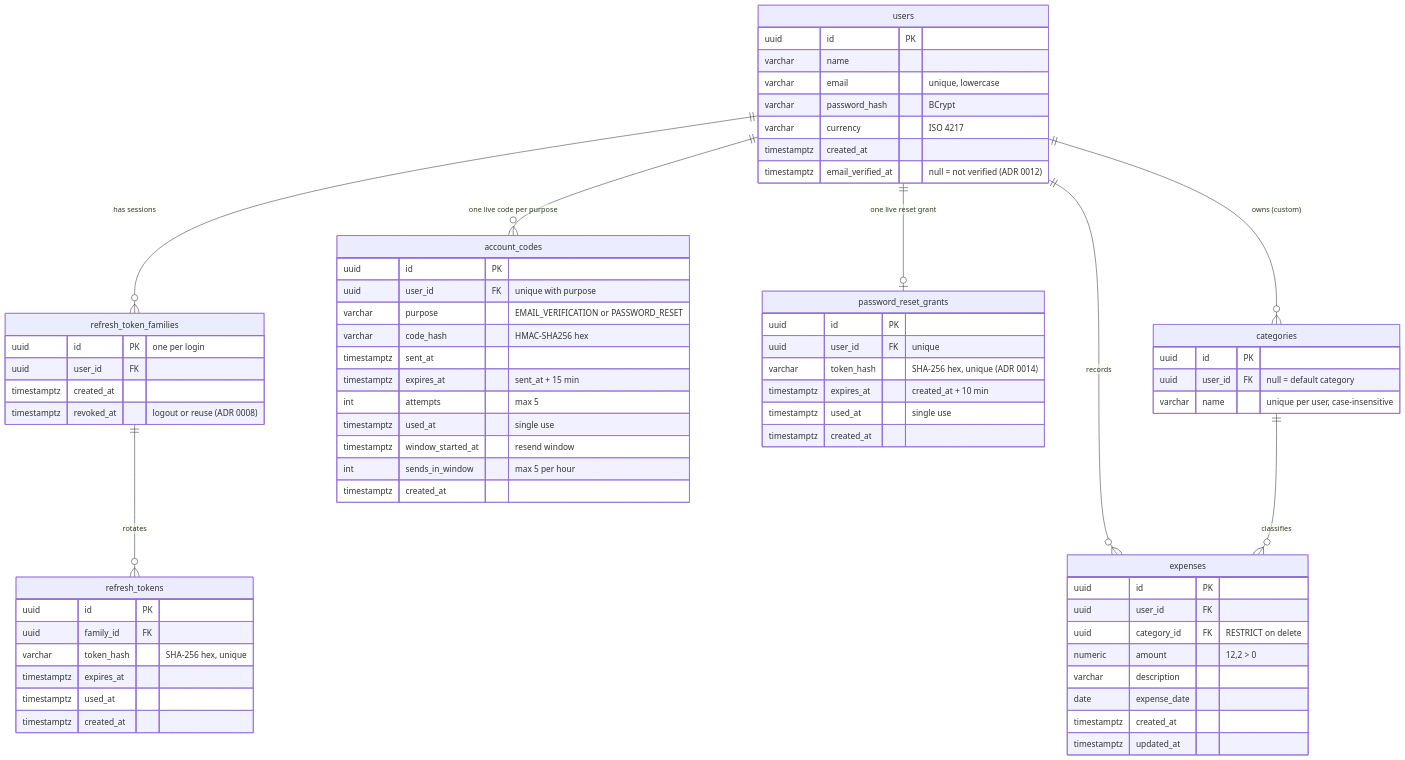
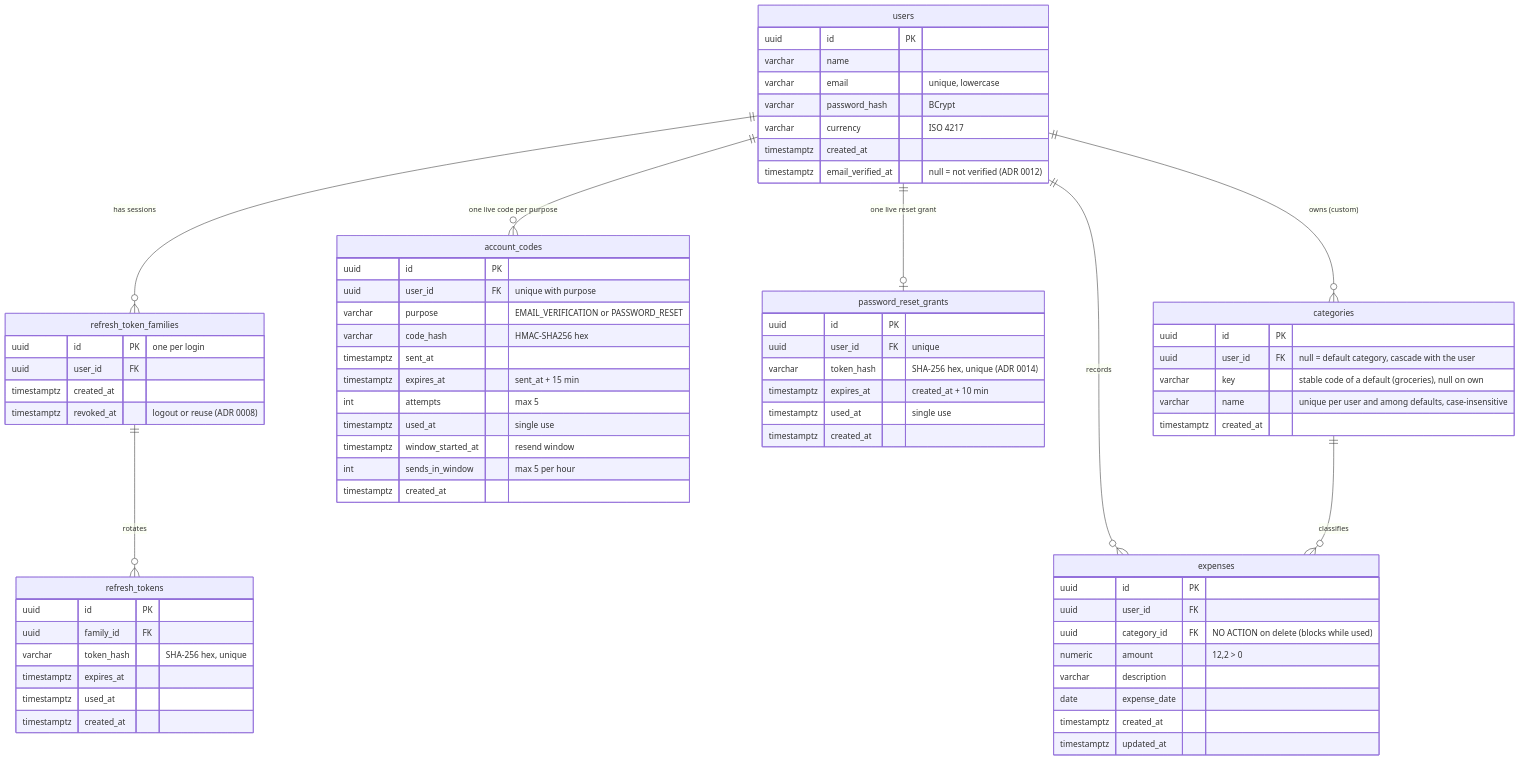
One commit to YuleHohenfeld/snapledger changed the sixth of 6 diagrams in docs/architecture.md. Above: the diagram before and after it, drawn with Mermaid. The commit also changed 6 other files, not shown here.

Commit message:
docs: document categories and expenses in contract, architecture and code notes

````diff
--- a/docs/architecture.md
+++ b/docs/architecture.md
@@ -154,70 +154,72 @@
 ```mermaid
 erDiagram
     users ||--o{ refresh_token_families : "has sessions"
     users ||--o{ account_codes : "one live code per purpose"
     users ||--o| password_reset_grants : "one live reset grant"
     refresh_token_families ||--o{ refresh_tokens : "rotates"
     users ||--o{ categories : "owns (custom)"
     users ||--o{ expenses : records
     categories ||--o{ expenses : classifies
 
     users {
         uuid id PK
         varchar name
         varchar email "unique, lowercase"
         varchar password_hash "BCrypt"
         varchar currency "ISO 4217"
         timestamptz created_at
         timestamptz email_verified_at "null = not verified (ADR 0012)"
     }
     account_codes {
         uuid id PK
         uuid user_id FK "unique with purpose"
         varchar purpose "EMAIL_VERIFICATION or PASSWORD_RESET"
         varchar code_hash "HMAC-SHA256 hex"
         timestamptz sent_at
         timestamptz expires_at "sent_at + 15 min"
         int attempts "max 5"
         timestamptz used_at "single use"
         timestamptz window_started_at "resend window"
         int sends_in_window "max 5 per hour"
         timestamptz created_at
     }
     password_reset_grants {
         uuid id PK
         uuid user_id FK "unique"
         varchar token_hash "SHA-256 hex, unique (ADR 0014)"
         timestamptz expires_at "created_at + 10 min"
         timestamptz used_at "single use"
         timestamptz created_at
     }
     refresh_token_families {
         uuid id PK "one per login"
         uuid user_id FK
         timestamptz created_at
         timestamptz revoked_at "logout or reuse (ADR 0008)"
     }
     refresh_tokens {
         uuid id PK
         uuid family_id FK
         varchar token_hash "SHA-256 hex, unique"
         timestamptz expires_at
         timestamptz used_at
         timestamptz created_at
     }
     categories {
         uuid id PK
-        uuid user_id FK "null = default category"
-        varchar name "unique per user, case-insensitive"
+        uuid user_id FK "null = default category, cascade with the user"
+        varchar key "stable code of a default (groceries), null on own"
+        varchar name "unique per user and among defaults, case-insensitive"
+        timestamptz created_at
     }
     expenses {
         uuid id PK
         uuid user_id FK
-        uuid category_id FK "RESTRICT on delete"
+        uuid category_id FK "NO ACTION on delete (blocks while used)"
         numeric amount "12,2 > 0"
         varchar description
         date expense_date
         timestamptz created_at
         timestamptz updated_at
     }
 ```
````
